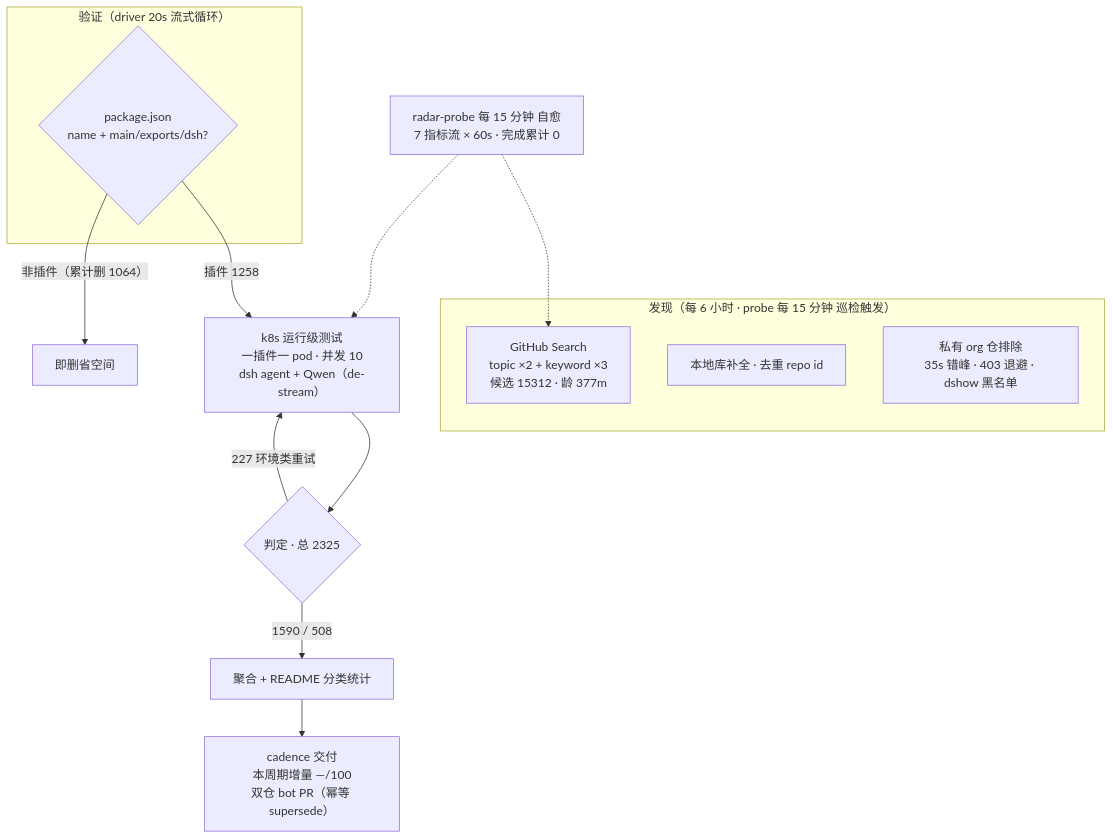
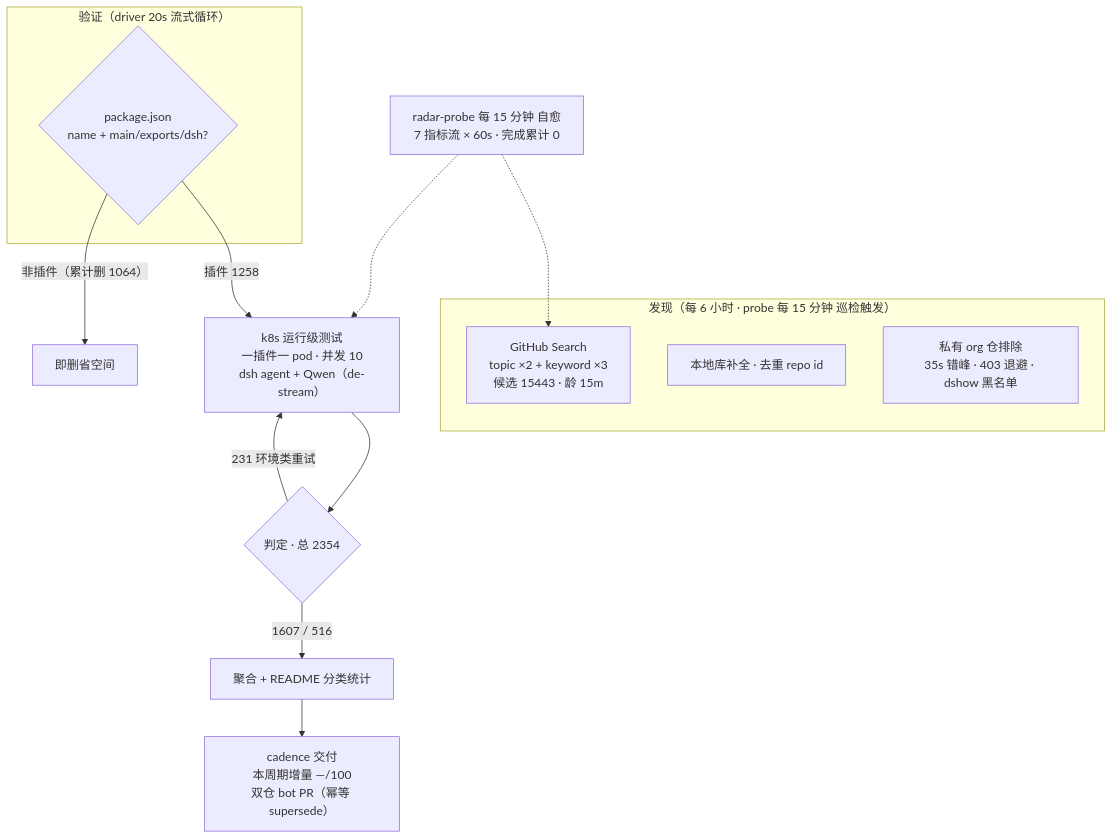
Before and after one commit to Zhidao-Lab-OSS/awesome-dsh-plugins: the diagram in README.md, drawn with Mermaid. The commit also changed other lines of this file and 1 other file, not shown here.

````diff
--- a/README.md
+++ b/README.md
@@ -37,20 +37,20 @@
 ```mermaid
 flowchart TB
     subgraph Discovery["发现（每 6 小时 · probe 每 15 分钟 巡检触发）"]
-        A1["GitHub Search<br/>topic ×2 + keyword ×3<br/>候选 15312 · 龄 377m"]
+        A1["GitHub Search<br/>topic ×2 + keyword ×3<br/>候选 15443 · 龄 15m"]
         A2["本地库补全 · 去重 repo id"]
         A3["私有 org 仓排除<br/>35s 错峰 · 403 退避 · dshow 黑名单"]
     end
     subgraph Validation["验证（driver 20s 流式循环）"]
         B1{"package.json<br/>name + main/exports/dsh?"}
     end
     B1 -->|"插件 1258"| C1["k8s 运行级测试<br/>一插件一 pod · 并发 10<br/>dsh agent + Qwen（de-stream）"]
     B1 -->|"非插件（累计删 1064）"| B3["即删省空间"]
-    C1 --> D1{"判定 · 总 2325"}
-    D1 -->|"1590 / 508"| E1["聚合 + README 分类统计"]
-    D1 -->|"227 环境类重试"| C1
+    C1 --> D1{"判定 · 总 2354"}
+    D1 -->|"1607 / 516"| E1["聚合 + README 分类统计"]
+    D1 -->|"231 环境类重试"| C1
     E1 --> E2["cadence 交付<br/>本周期增量 —/100<br/>双仓 bot PR（幂等 supersede）"]
     M["radar-probe 每 15 分钟 自愈<br/>7 指标流 × 60s · 完成累计 0"]
     M -.-> A1
     M -.-> C1
 ```
````
